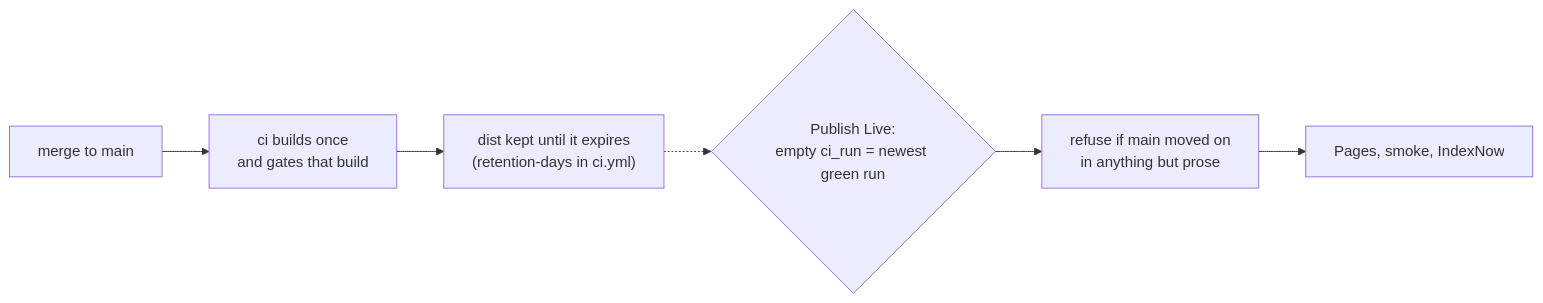
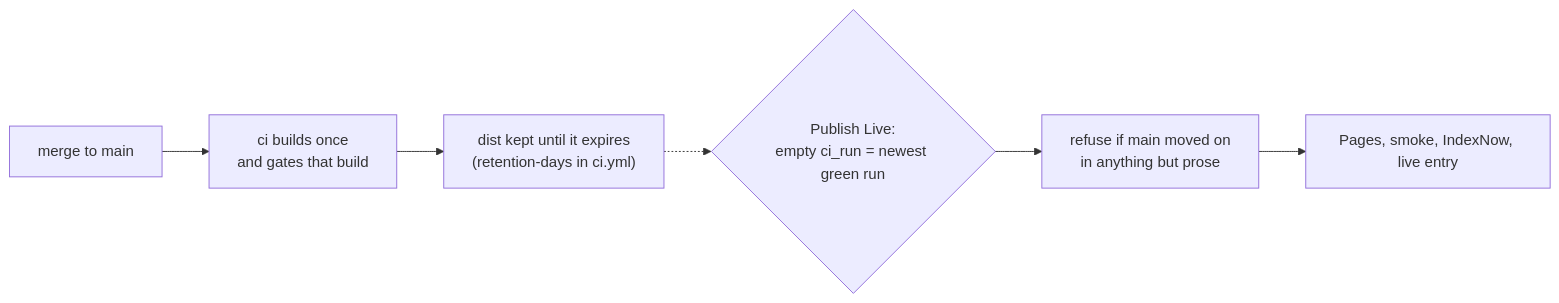
The diagram in site/.agents/skills/publish-the-build.md (meshin-co/website), drawn with Mermaid before and after one commit. The commit also changed other lines of this file and 37 other files, not shown here.

First line of the commit message:
feat(publish): post "the entry is live" once the page answers on the live origin

````diff
--- a/site/.agents/skills/publish-the-build.md
+++ b/site/.agents/skills/publish-the-build.md
@@ -58,8 +54,8 @@
 ```mermaid
 flowchart LR
     A["merge to main"] --> B["ci builds once<br/>and gates that build"]
     B --> C["dist kept until it expires<br/>(retention-days in ci.yml)"]
     C -.-> D{"Publish Live:<br/>empty ci_run = newest green run"}
     D --> G["refuse if main moved on<br/>in anything but prose"]
-    G --> H["Pages, smoke, IndexNow"]
+    G --> H["Pages, smoke, IndexNow, live entry"]
 ```
````
